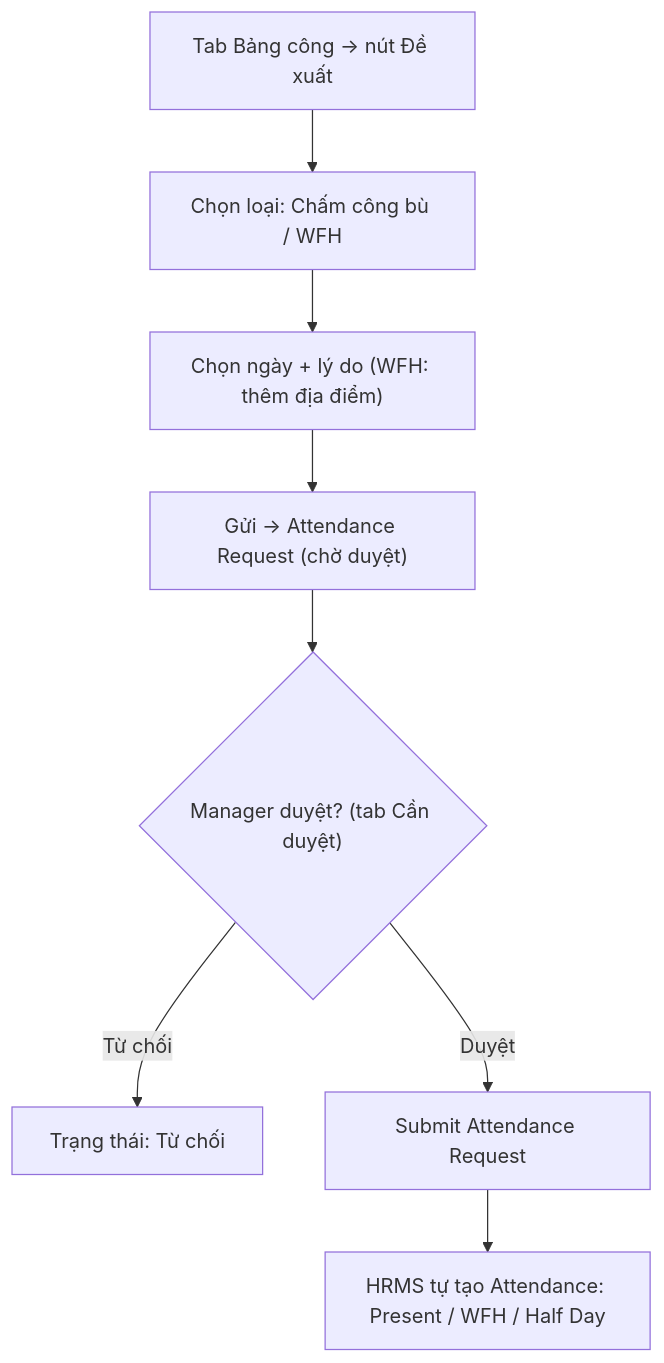
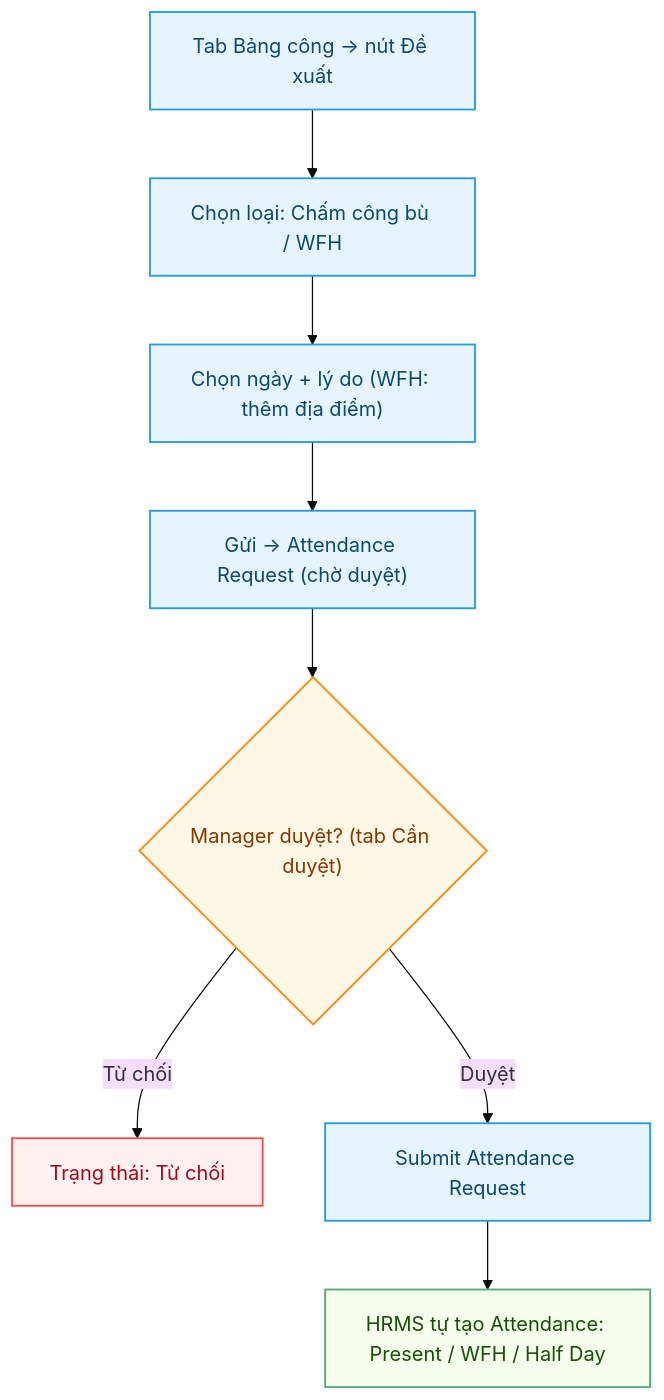
One commit to CobeGroup/cobe_erp_documents changed the diagram in users/HR-Attendance-Request.md. Above: the diagram before and after it, drawn with Mermaid. The commit also changed 5 other files, not shown here.

First line of the commit message:
docs: flowchart tô màu theo loại ô (process/decision/kết quả) + tăng cỡ chữ doc

````diff
--- a/users/HR-Attendance-Request.md
+++ b/users/HR-Attendance-Request.md
@@ -21,10 +21,21 @@
 ```mermaid
+%%{init: {'theme':'base','themeVariables':{'fontSize':'16px'},'flowchart':{'nodeSpacing':50,'rankSpacing':55}}}%%
 flowchart TD
+  classDef process fill:#e6f4ff,stroke:#299dd8,stroke-width:1.5px,color:#0b4a6f;
+  classDef decision fill:#fff7e6,stroke:#fa8c16,stroke-width:1.5px,color:#873800;
+  classDef good fill:#f6ffed,stroke:#54ab78,stroke-width:1.5px,color:#135200;
+  classDef bad fill:#fff1f0,stroke:#ff4d4f,stroke-width:1.5px,color:#a8071a;
+
   A["Tab Bảng công → nút Đề xuất"] --> B["Chọn loại: Chấm công bù / WFH"]
   B --> C["Chọn ngày + lý do (WFH: thêm địa điểm)"]
   C --> D["Gửi → Attendance Request (chờ duyệt)"]
   D --> E{"Manager duyệt? (tab Cần duyệt)"}
   E -- "Từ chối" --> X["Trạng thái: Từ chối"]
   E -- "Duyệt" --> F["Submit Attendance Request"]
   F --> G["HRMS tự tạo Attendance: Present / WFH / Half Day"]
+
+  class A,B,C,D,F process
+  class E decision
+  class G good
+  class X bad
 ```
````
